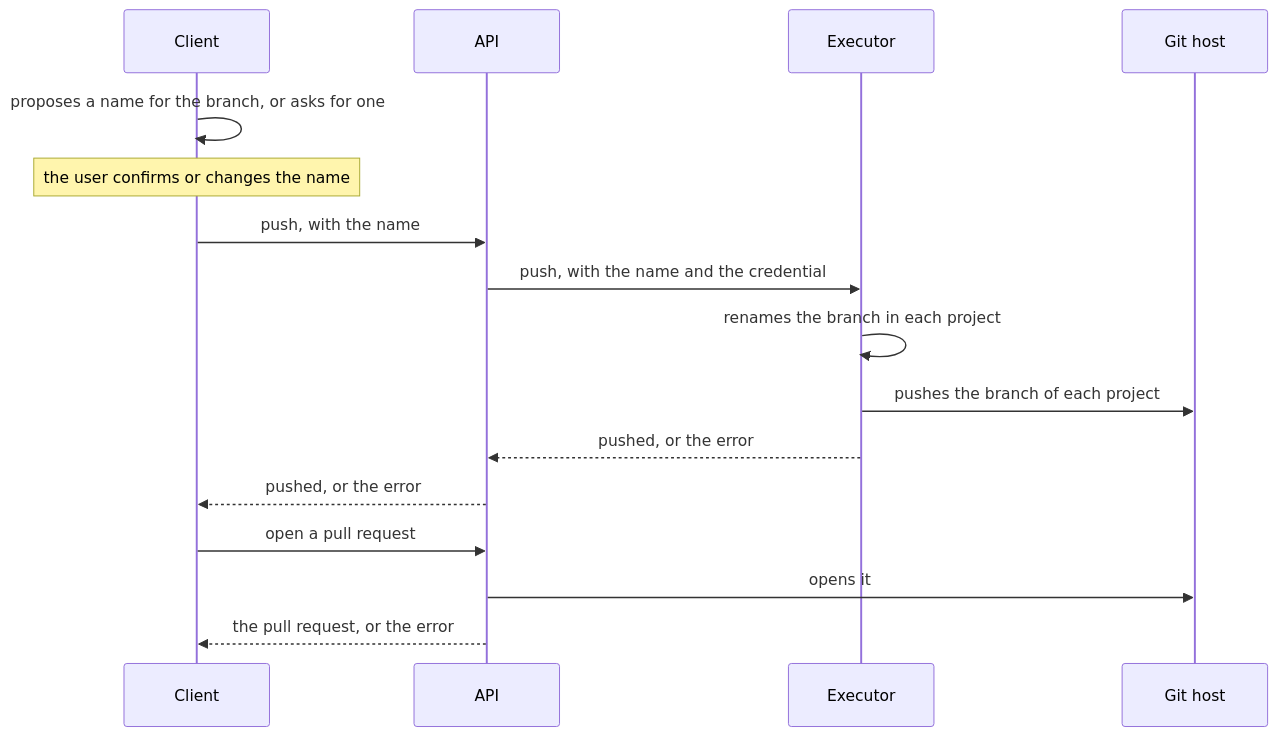
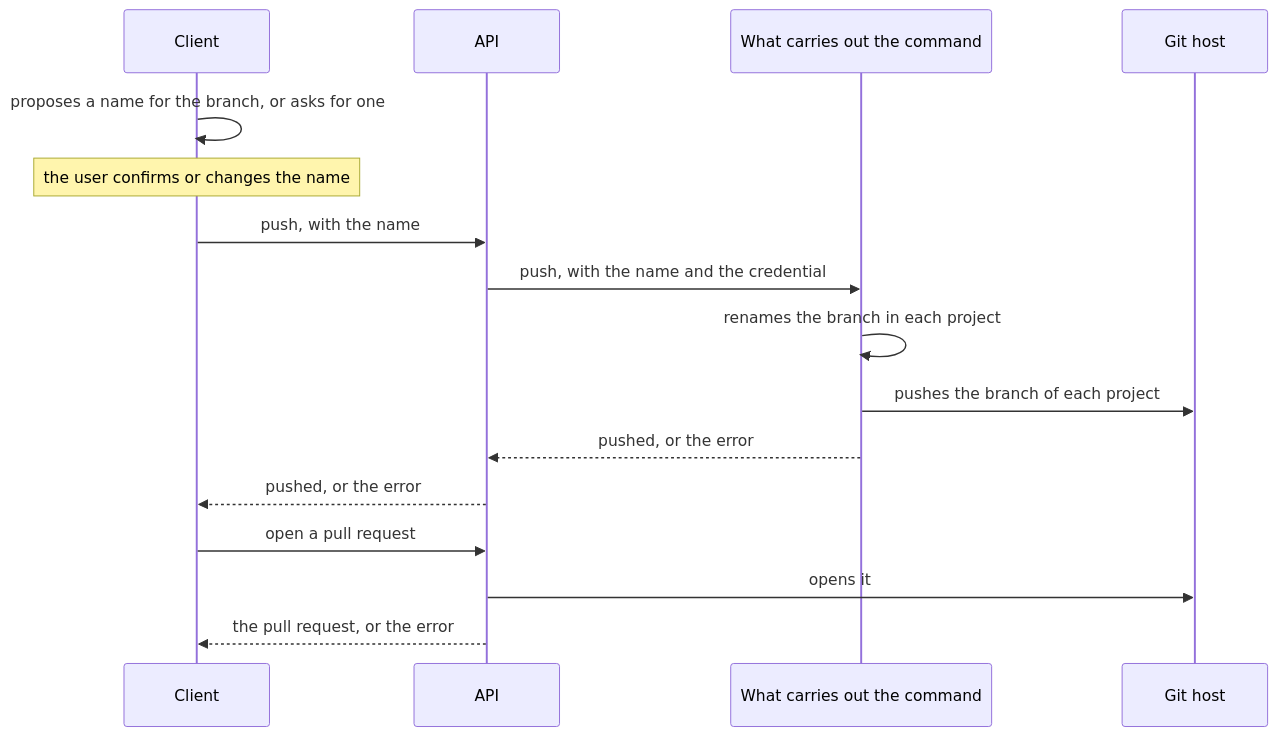
Before and after one commit to Mikode13/harness-docs: the diagram in flows/changes-and-push.md, drawn with Mermaid. The commit also changed other lines of this file and 11 other files, not shown here.

First line of the commit message:
docs: add the flows for cancelling, a restart, clearing and deleting, and authenticating

````diff
--- a/flows/changes-and-push.md
+++ b/flows/changes-and-push.md
@@ -51,20 +51,20 @@
 ```mermaid
 sequenceDiagram
     participant C as Client
     participant A as API
-    participant E as Executor
+    participant W as What carries out the command
     participant G as Git host
 
     C->>C: proposes a name for the branch, or asks for one
     Note over C: the user confirms or changes the name
     C->>A: push, with the name
-    A->>E: push, with the name and the credential
-    E->>E: renames the branch in each project
-    E->>G: pushes the branch of each project
-    E-->>A: pushed, or the error
+    A->>W: push, with the name and the credential
+    W->>W: renames the branch in each project
+    W->>G: pushes the branch of each project
+    W-->>A: pushed, or the error
     A-->>C: pushed, or the error
 
     C->>A: open a pull request
     A->>G: opens it
     A-->>C: the pull request, or the error
 ```
````
